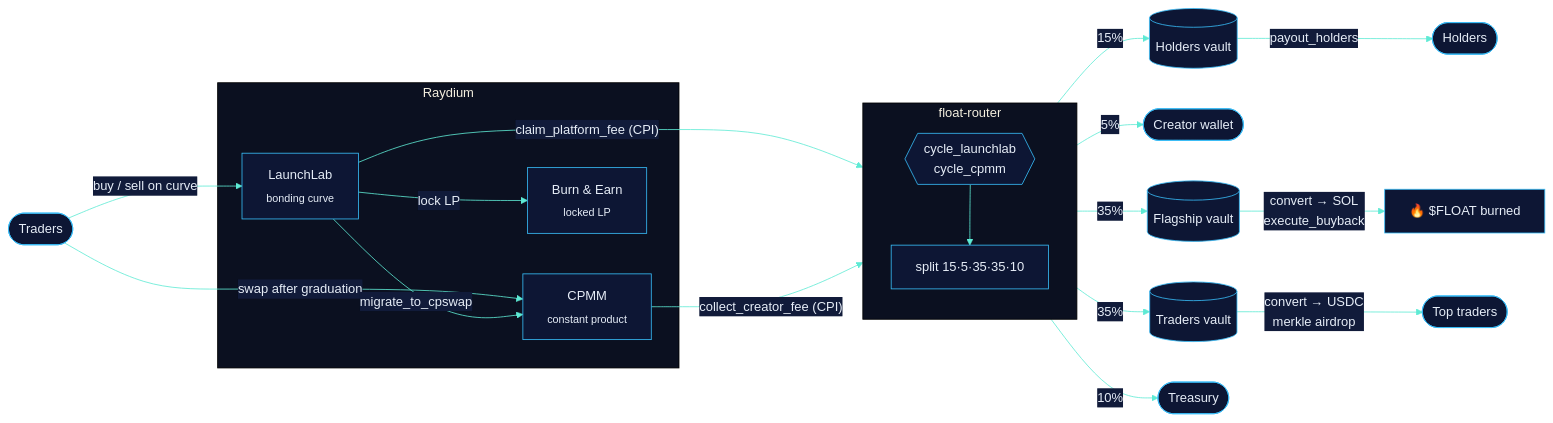
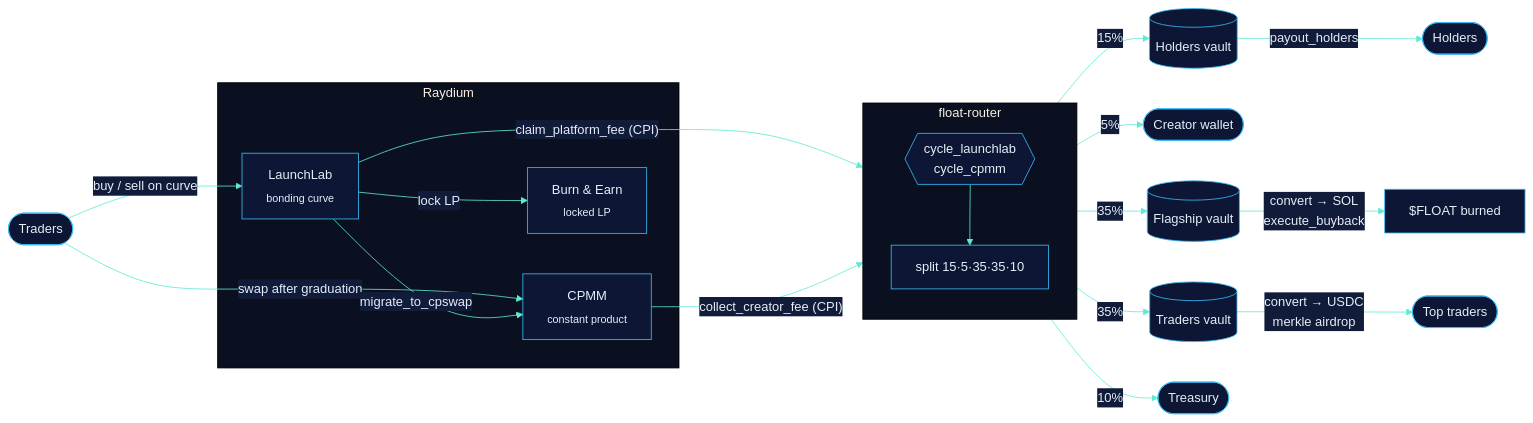
The first of 2 diagrams in README.md (floatdotxyz/float), drawn with Mermaid before and after one commit. The commit also changed other lines of this file, not shown here.

````diff
--- a/README.md
+++ b/README.md
@@ -95,34 +112,34 @@
 ```mermaid
 %%{init: {"theme": "base", "themeVariables": {"primaryColor": "#0D1634", "primaryTextColor": "#E6EDF7", "primaryBorderColor": "#38BDF8", "lineColor": "#5EEAD4", "secondaryColor": "#111B3A", "tertiaryColor": "#0B1020", "fontFamily": "Inter, ui-sans-serif"}}}%%
 flowchart LR
   T(["Traders"]) -- "buy / sell on curve" --> LL
   T -- "swap after graduation" --> CP
 
   subgraph RAY["Raydium"]
     LL["LaunchLab<br/><sub>bonding curve</sub>"]
     CP["CPMM<br/><sub>constant product</sub>"]
     BE["Burn & Earn<br/><sub>locked LP</sub>"]
     LL -- "migrate_to_cpswap" --> CP
     LL -- "lock LP" --> BE
   end
 
   subgraph ROUTER["float-router"]
     direction TB
     CY{{"cycle_launchlab<br/>cycle_cpmm"}}
     SP["split 15·5·35·35·10"]
     CY --> SP
   end
 
   LL -- "claim_platform_fee (CPI)" --> CY
   CP -- "collect_creator_fee (CPI)" --> CY
 
   SP -- "15%" --> HV[("Holders vault")]
   SP -- "5%" --> CW(["Creator wallet"])
   SP -- "35%" --> FV[("Flagship vault")]
   SP -- "35%" --> TV[("Traders vault")]
   SP -- "10%" --> TR(["Treasury"])
 
   HV -- "payout_holders" --> H(["Holders"])
-  FV -- "convert → SOL<br/>execute_buyback" --> BURN["🔥 $FLOAT burned"]
+  FV -- "convert → SOL<br/>execute_buyback" --> BURN["$FLOAT burned"]
   TV -- "convert → USDC<br/>merkle airdrop" --> TOP(["Top traders"])
 ```
````
